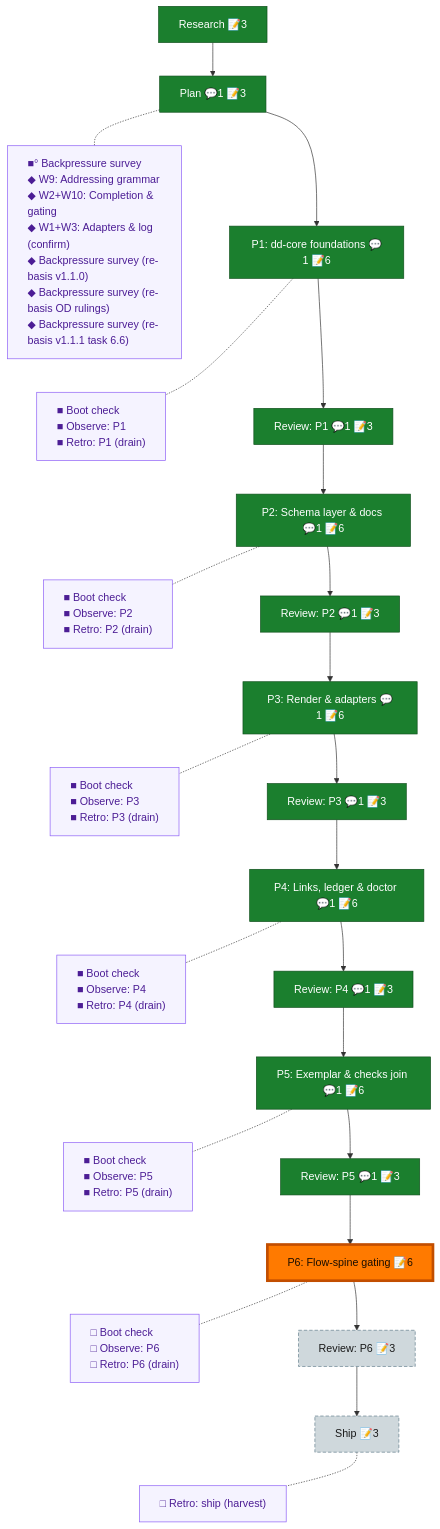
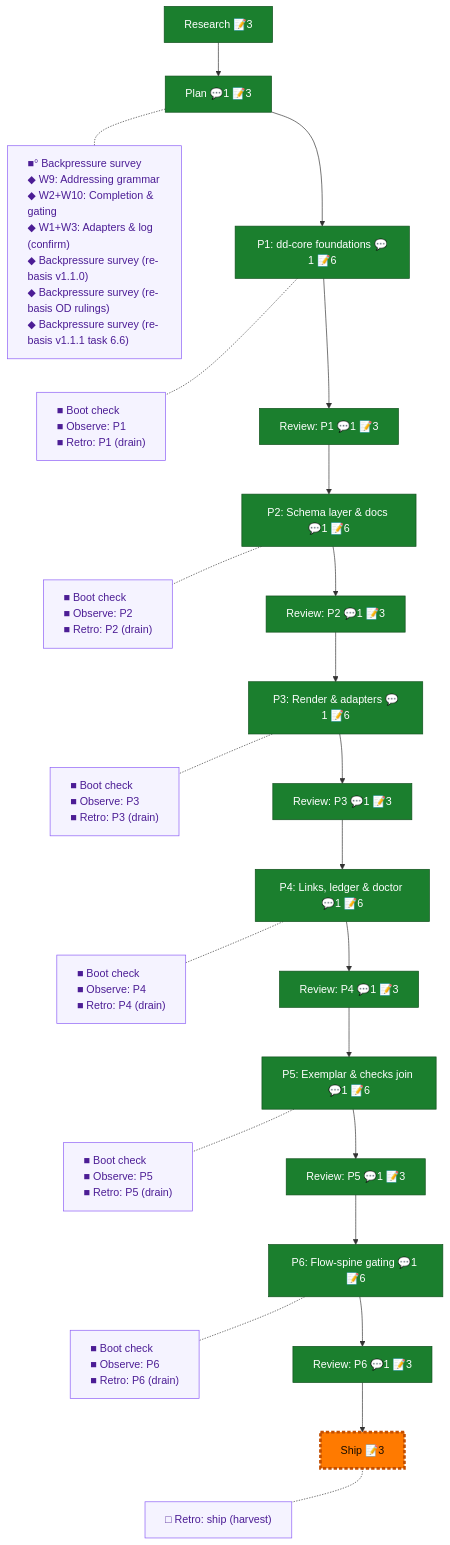
Before and after one commit to AI-Substrate/harness-engineering: the diagram in docs/plans/065-deterministic-documents/the-flow.md, drawn with Mermaid. The commit also changed other lines of this file and 2 other files, not shown here.

Commit message:
chore(flow): P6 closeout — terminal phase done+approved (3 fix rounds, 19/19 mutations), retro 005 drained (8 entries incl. the self-defeating-probe rule), nav -> ship

````diff
--- a/docs/plans/065-deterministic-documents/the-flow.md
+++ b/docs/plans/065-deterministic-documents/the-flow.md
@@ -8,49 +8,48 @@
 ```mermaid
 flowchart TD
     research["Research 📝3"]:::done
     plan["Plan 💬1 📝3"]:::done
     phase_1["P1: dd-core foundations 💬1 📝6"]:::done
     review_1["Review: P1 💬1 📝3"]:::done
     phase_2["P2: Schema layer & docs 💬1 📝6"]:::done
     review_2["Review: P2 💬1 📝3"]:::done
     phase_3["P3: Render & adapters 💬1 📝6"]:::done
     review_3["Review: P3 💬1 📝3"]:::done
     phase_4["P4: Links, ledger & doctor 💬1 📝6"]:::done
     review_4["Review: P4 💬1 📝3"]:::done
     phase_5["P5: Exemplar & checks join 💬1 📝6"]:::done
     review_5["Review: P5 💬1 📝3"]:::done
-    phase_6["P6: Flow-spine gating 📝6"]:::known
-    review_6["Review: P6 📝3"]:::assumed
+    phase_6["P6: Flow-spine gating 💬1 📝6"]:::done
+    review_6["Review: P6 💬1 📝3"]:::done
     ship["Ship 📝3"]:::assumed
 
     research --> plan --> phase_1 --> review_1 --> phase_2 --> review_2 --> phase_3 --> review_3 --> phase_4 --> review_4 --> phase_5 --> review_5 --> phase_6 --> review_6 --> ship
 
     planC["■° Backpressure survey<br/>◆ W9: Addressing grammar<br/>◆ W2+W10: Completion & gating<br/>◆ W1+W3: Adapters & log (confirm)<br/>◆ Backpressure survey (re-basis v1.1.0)<br/>◆ Backpressure survey (re-basis OD rulings)<br/>◆ Backpressure survey (re-basis v1.1.1 task 6.6)"]:::chore
     phase_1C["■ Boot check<br/>■ Observe: P1<br/>■ Retro: P1 (drain)"]:::chore
     phase_2C["■ Boot check<br/>■ Observe: P2<br/>■ Retro: P2 (drain)"]:::chore
     phase_3C["■ Boot check<br/>■ Observe: P3<br/>■ Retro: P3 (drain)"]:::chore
     phase_4C["■ Boot check<br/>■ Observe: P4<br/>■ Retro: P4 (drain)"]:::chore
     phase_5C["■ Boot check<br/>■ Observe: P5<br/>■ Retro: P5 (drain)"]:::chore
-    phase_6C["□ Boot check<br/>□ Observe: P6<br/>□ Retro: P6 (drain)"]:::chore
+    phase_6C["■ Boot check<br/>■ Observe: P6<br/>■ Retro: P6 (drain)"]:::chore
     shipC["□ Retro: ship (harvest)"]:::chore
 
     %% invisible chain holds the gutter boxes in their own column
     planC ~~~ phase_1C ~~~ phase_2C ~~~ phase_3C ~~~ phase_4C ~~~ phase_5C ~~~ phase_6C ~~~ shipC
 
     %% dotted links pull each gutter box beside its node
     plan -.- planC
     phase_1 -.- phase_1C
     phase_2 -.- phase_2C
     phase_3 -.- phase_3C
     phase_4 -.- phase_4C
     phase_5 -.- phase_5C
     phase_6 -.- phase_6C
     ship -.- shipC
 
     classDef done fill:#1B7F2E,stroke:#0F4F1B,color:#fff;
-    classDef known fill:#1E73E8,stroke:#0D3F86,color:#fff;
     classDef assumed fill:#CFD8DC,stroke:#607D8B,color:#1a1a1a,stroke-dasharray:5 3;
     classDef chore fill:#f5f3ff,stroke:#8b5cf6,color:#4c1d95,text-align:left;
     classDef current fill:#FF7A00,stroke:#C24E00,color:#1a0e00,stroke-width:4px;
-    class phase_6 current;
+    class ship current;
 ```
````
